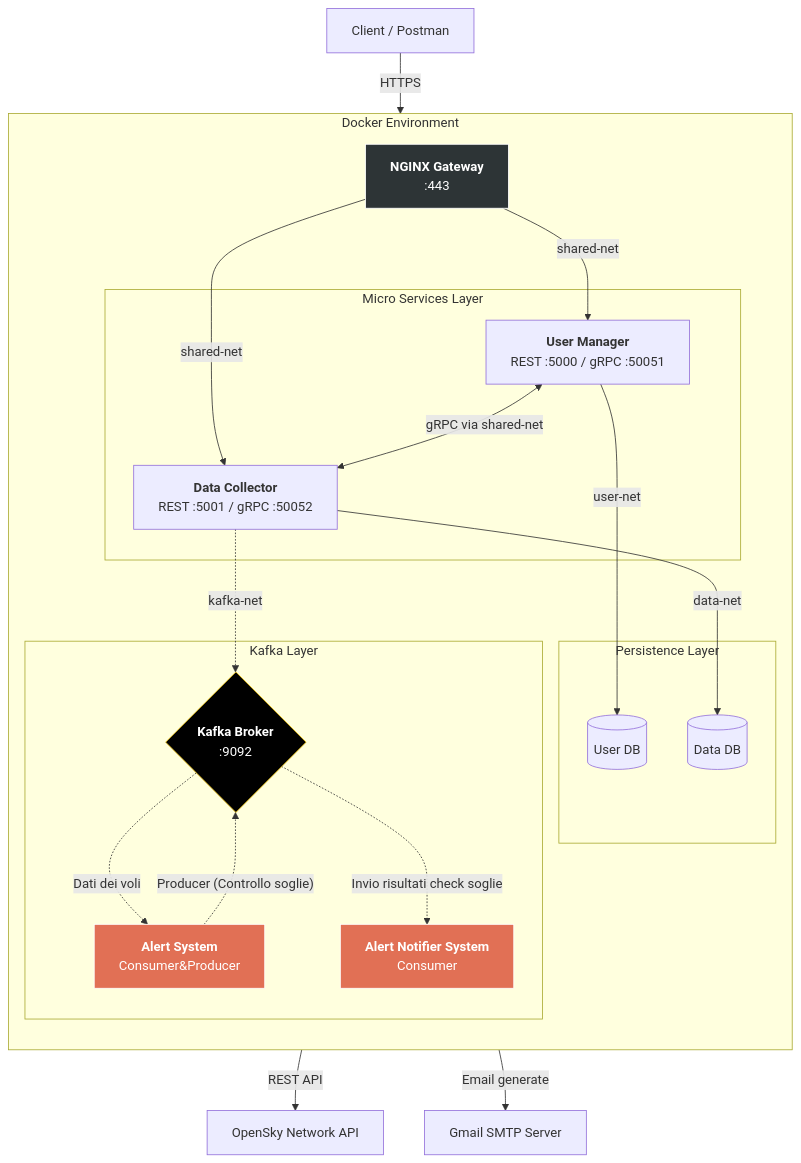
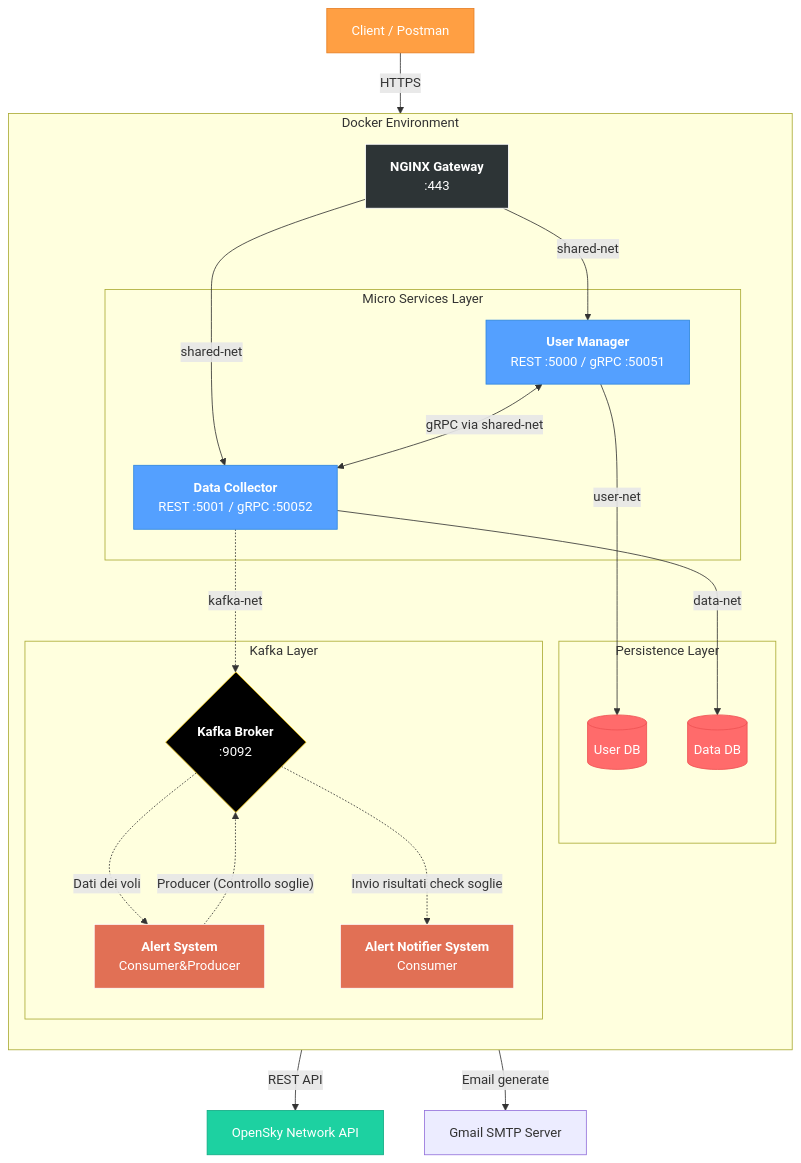
The diagram in README.md (RickyV02/DSBD_Project), drawn with Mermaid before and after one commit. The commit also changed other lines of this file and 4 other files, not shown here.

````diff
--- a/README.md
+++ b/README.md
@@ -17,56 +17,62 @@
 ```mermaid
 flowchart TD
     Client[Client / Postman]
     OpenSky[OpenSky Network API]
     Gmail[Gmail SMTP Server]
 
     subgraph DockerHost [Docker Environment]
         direction TB
         
         %% Entry Point
         Nginx[<b>NGINX Gateway</b><br>:443]
 
         %% Core Services
         subgraph Services [Micro Services Layer]
             UM[<b>User Manager</b><br>REST :5000 / gRPC :50051]
             DC[<b>Data Collector</b><br>REST :5001 / gRPC :50052]
         end
 
         %% Databases
         subgraph Persistence [Persistence Layer]
             UDB[(User DB)]
             DDB[(Data DB)]
         end
 
         %% Event Bus
         subgraph EventBus [Kafka Layer]
             Kafka{<b>Kafka Broker</b><br>:9092}
             AS[<b>Alert System</b><br>Consumer&Producer]
             ANS[<b>Alert Notifier System</b><br>Consumer]
         end
     end
 
     %% Network Flow
     Client -->|HTTPS| Nginx
     Nginx -->|shared-net| UM
     Nginx -->|shared-net| DC
     
     UM -->|user-net| UDB
     DC -->|data-net| DDB
     
     UM <-->|gRPC via shared-net| DC
     
     DC -->|REST API| OpenSky
     
     %% Async Flow
     DC -.->|kafka-net| Kafka
     Kafka -.->|Dati dei voli| AS
     AS -.->|"Producer (Controllo soglie)"| Kafka
     Kafka -.->|Invio risultati check soglie| ANS
     ANS -->|Email generate| Gmail
 
+    style Client fill:#ff9f43,stroke:#e67e22,color:#fff
+    style OpenSky fill:#1dd1a1,stroke:#10ac84,color:#fff
+    style UM fill:#54a0ff,stroke:#2e86de,color:#fff
+    style DC fill:#54a0ff,stroke:#2e86de,color:#fff
+    style UDB fill:#ff6b6b,stroke:#ee5253,color:#fff
+    style DDB fill:#ff6b6b,stroke:#ee5253,color:#fff
     style Nginx fill:#2d3436,stroke:#fff,color:#fff
     style Kafka fill:#000,stroke:#f1c40f,color:#fff
     style AS fill:#e17055,stroke:#fff,color:#fff
     style ANS fill:#e17055,stroke:#fff,color:#fff
 ```
````
